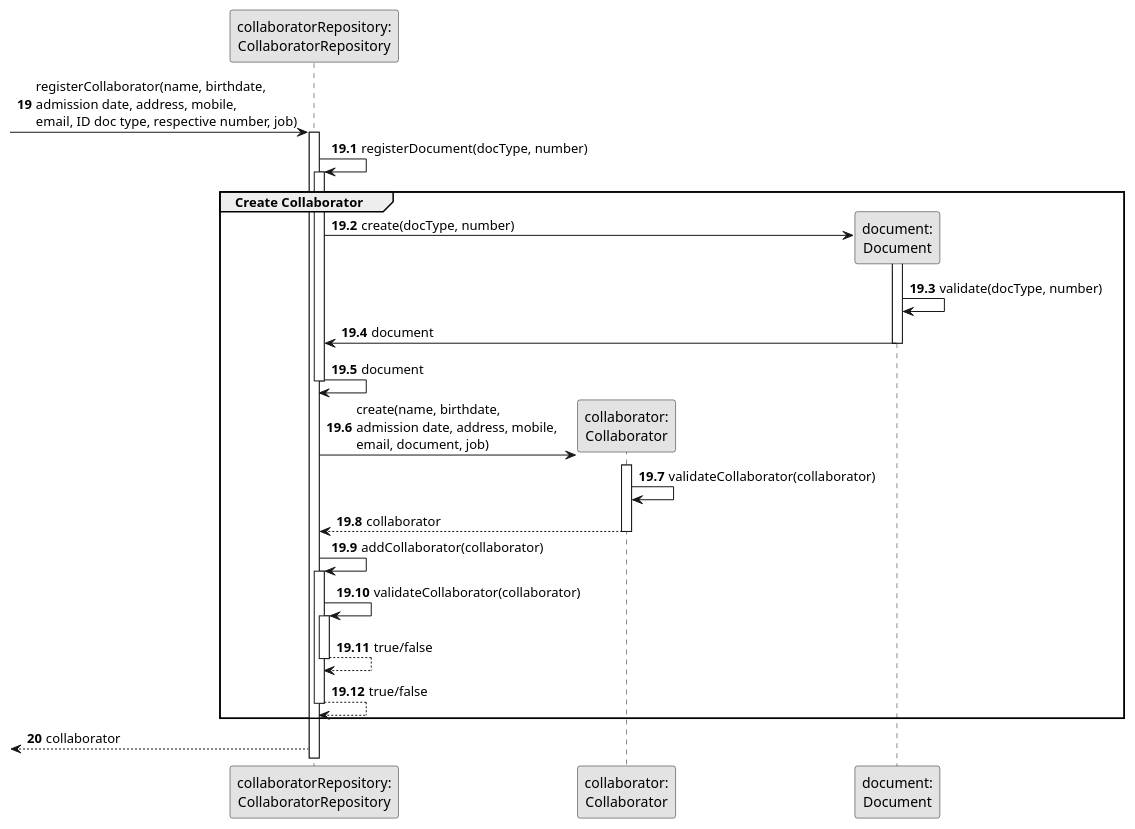
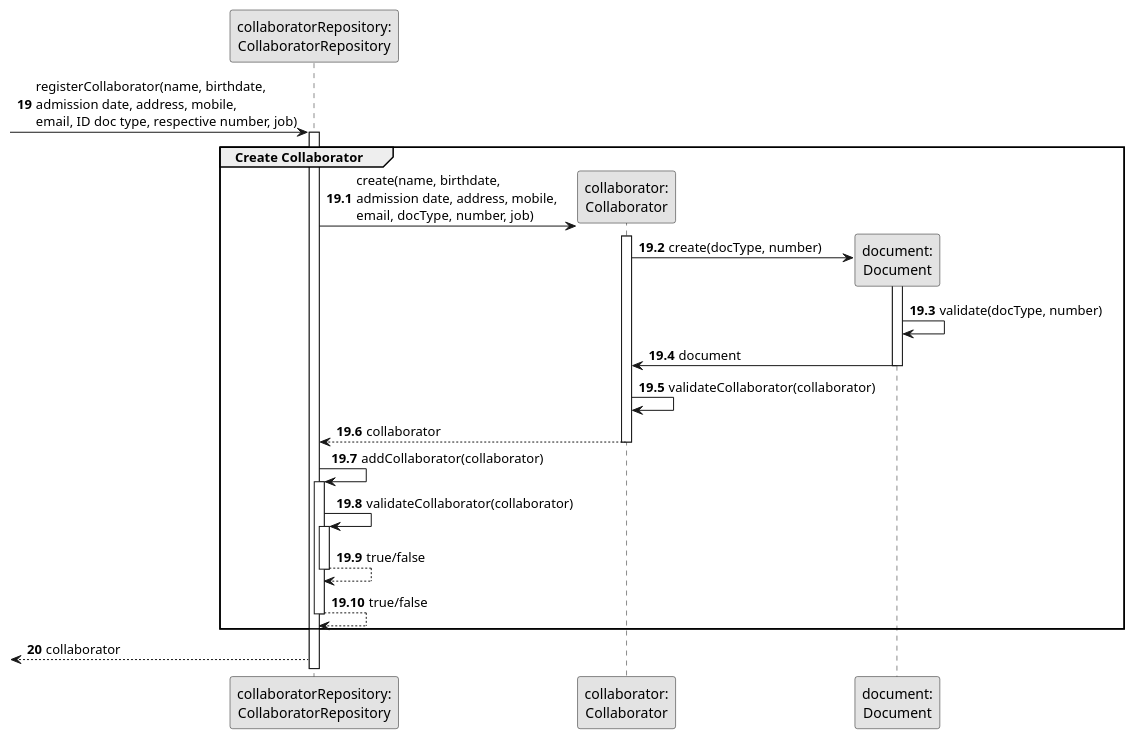
Before and after one commit to Departamento-de-Engenharia-Informatica/lei-24-s2-1db-g022: the diagram in docs/sprint2/us03/03.design/puml/us03-sequence-diagram-partial-create-collaborator.puml, drawn with PlantUML. The commit also changed 1 other file, not shown here.

Commit message:
us03-diagrams-rectification

```diff
--- a/docs/sprint2/us03/03.design/puml/us03-sequence-diagram-partial-create-collaborator.puml
+++ b/docs/sprint2/us03/03.design/puml/us03-sequence-diagram-partial-create-collaborator.puml
@@ -1,61 +1,58 @@
 @startuml
 skinparam monochrome true
 skinparam packageStyle rectangle
 skinparam shadowing false
 
 
 participant "collaboratorRepository:\nCollaboratorRepository" as CollaboratorRepository
 participant "collaborator:\nCollaborator" as Collaborator
 participant "document:\nDocument" as Doc
 
 autonumber 19
 -> CollaboratorRepository : registerCollaborator(name, birthdate, \nadmission date, address, mobile, \nemail, ID doc type, respective number, job)
 
 
 autonumber 19.1
 activate CollaboratorRepository
 
-CollaboratorRepository -> CollaboratorRepository : registerDocument(docType, number)
-activate CollaboratorRepository
+
 
 
     group Create Collaborator
-    CollaboratorRepository -> Doc** : create(docType, number)
+
+
+CollaboratorRepository -> Collaborator**: create(name, birthdate, \nadmission date, address, mobile, \nemail, docType, number, job)
+
+            activate Collaborator
+
+ Collaborator -> Doc** : create(docType, number)
     activate Doc
 
     Doc -> Doc : validate(docType, number)
 
-    Doc -> CollaboratorRepository : document
+    Doc -> Collaborator : document
     deactivate Doc
-
-    CollaboratorRepository -> CollaboratorRepository : document
-    deactivate CollaboratorRepository
-
-
-CollaboratorRepository -> Collaborator**: create(name, birthdate, \nadmission date, address, mobile, \nemail, document, job)
-
-            activate Collaborator
 
                 Collaborator -> Collaborator: validateCollaborator(collaborator)
                 Collaborator --> CollaboratorRepository : collaborator
 
             deactivate Collaborator
 
         CollaboratorRepository -> CollaboratorRepository: addCollaborator(collaborator)
 
         activate CollaboratorRepository
             CollaboratorRepository -> CollaboratorRepository: validateCollaborator(collaborator)
             activate CollaboratorRepository
 
                 CollaboratorRepository --> CollaboratorRepository : true/false
             deactivate CollaboratorRepository
 
             CollaboratorRepository --> CollaboratorRepository : true/false
 
         deactivate CollaboratorRepository
     end group
 
     autonumber 20
 <-- CollaboratorRepository : collaborator
 
 @enduml
```
